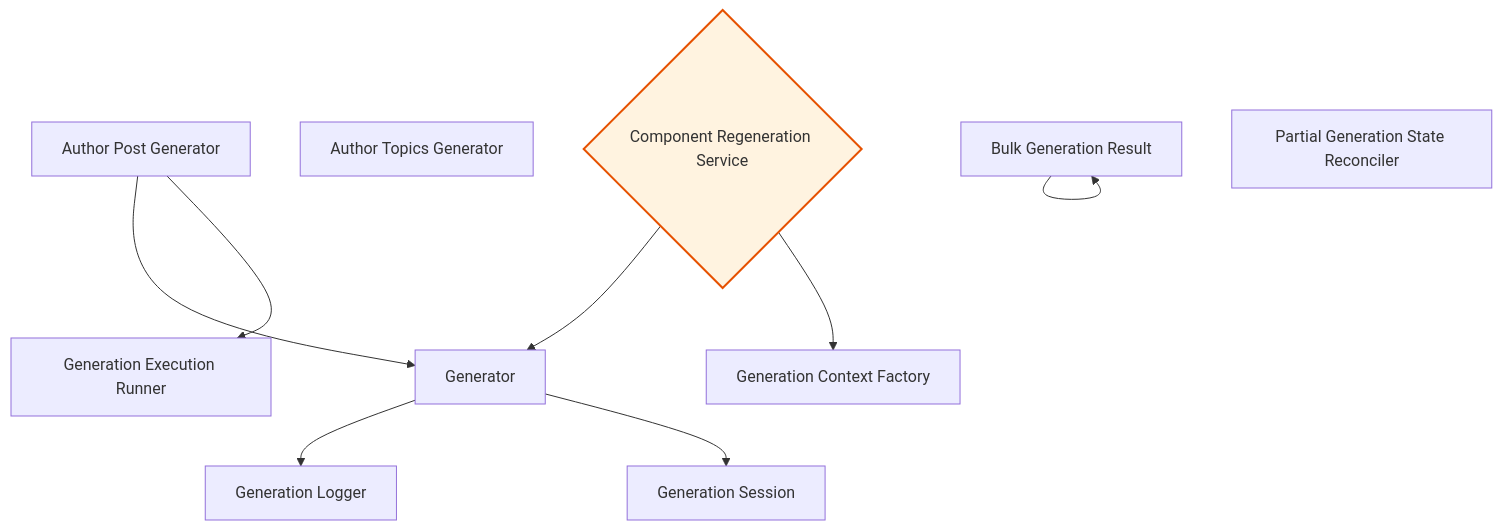
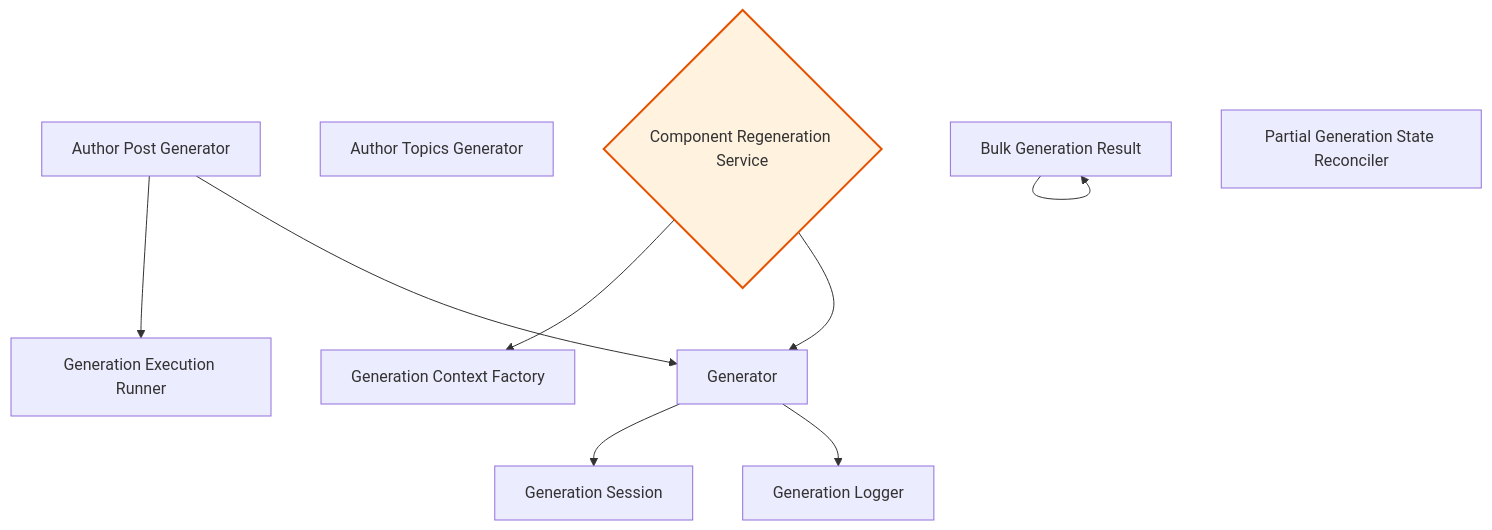
Before and after one commit to rpnunez/wp-ai-scheduler: the second of 10 diagrams in docs/feature-report.md, drawn with Mermaid. The commit also changed other lines of this file and 3 other files, not shown here.

````diff
--- a/docs/feature-report.md
+++ b/docs/feature-report.md
@@ -105,28 +105,28 @@
 ```mermaid
 flowchart TD
     %% Core Generation Architecture
 
     Author_Post_Generator["Author Post Generator"]
     Author_Topics_Generator["Author Topics Generator"]
     Bulk_Generation_Result["Bulk Generation Result"]
     Component_Regeneration_Service{"Component Regeneration Service"}
     Generation_Context_Factory["Generation Context Factory"]
     Generation_Execution_Runner["Generation Execution Runner"]
     Generation_Logger["Generation Logger"]
     Generation_Session["Generation Session"]
     Generator["Generator"]
     Partial_Generation_State_Reconciler["Partial Generation State Reconciler"]
 
+    Author_Post_Generator --> Generation_Execution_Runner
     Author_Post_Generator --> Generator
-    Author_Post_Generator --> Generation_Execution_Runner
     Bulk_Generation_Result --> Bulk_Generation_Result
+    Component_Regeneration_Service --> Generation_Context_Factory
     Component_Regeneration_Service --> Generator
-    Component_Regeneration_Service --> Generation_Context_Factory
+    Generator --> Generation_Session
     Generator --> Generation_Logger
-    Generator --> Generation_Session
 
     classDef repository fill:#e1f5ff,stroke:#01579b,stroke-width:2px
     classDef service fill:#fff3e0,stroke:#e65100,stroke-width:2px
     classDef controller fill:#f3e5f5,stroke:#4a148c,stroke-width:2px
     class Component_Regeneration_Service service
 ```
````
